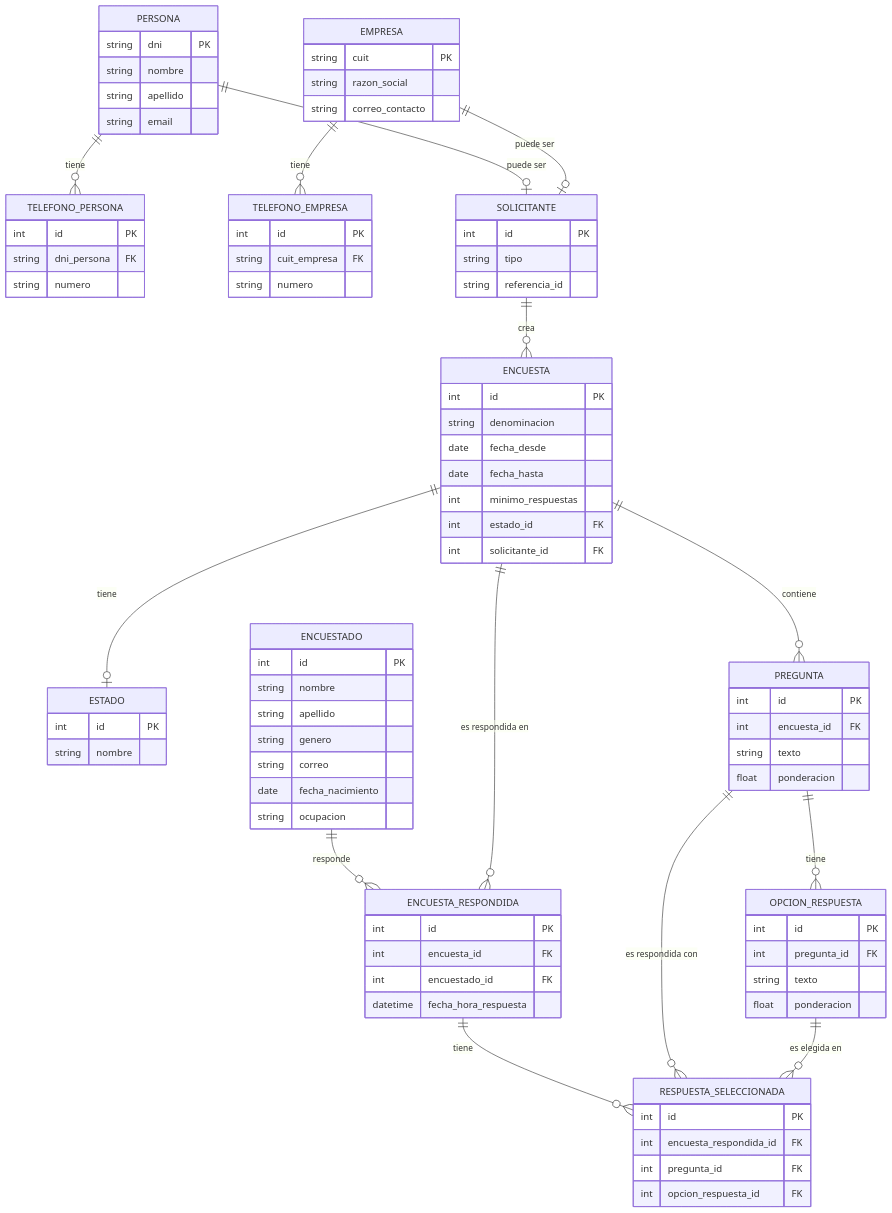
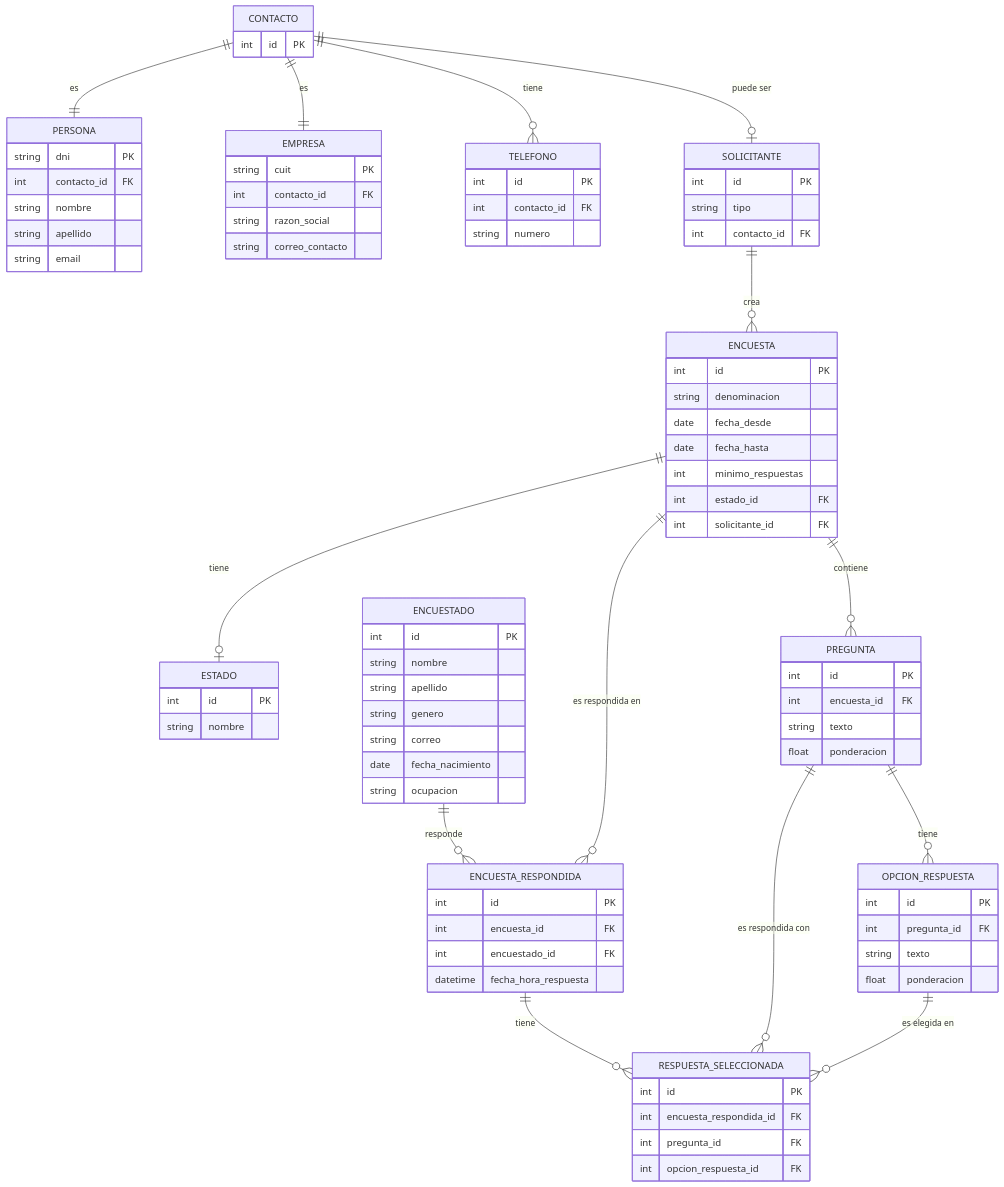
The diagram in README.md (giulianoh92/encuestas-system), drawn with Mermaid before and after one commit. The commit also changed other lines of this file, not shown here.

````diff
--- a/README.md
+++ b/README.md
@@ -20,30 +166,30 @@
 ```mermaid
 erDiagram
+    CONTACTO {
+        int id PK
+    }
     PERSONA {
         string dni PK
+        int contacto_id FK
         string nombre
         string apellido
         string email
     }
-    TELEFONO_PERSONA {
-        int id PK
-        string dni_persona FK
-        string numero
-    }
     EMPRESA {
         string cuit PK
+        int contacto_id FK
         string razon_social
         string correo_contacto
     }
-    TELEFONO_EMPRESA {
+    TELEFONO {
         int id PK
-        string cuit_empresa FK
+        int contacto_id FK
         string numero
     }
     SOLICITANTE {
         int id PK
         string tipo
-        string referencia_id
+        int contacto_id FK
     }
     ESTADO {
         int id PK
@@ -92,20 +238,16 @@
         int opcion_respuesta_id FK
     }
 
-    PERSONA ||--o{ TELEFONO_PERSONA : "tiene"
-    EMPRESA ||--o{ TELEFONO_EMPRESA : "tiene"
-    
-    PERSONA ||--o| SOLICITANTE : "puede ser"
-    EMPRESA ||--o| SOLICITANTE : "puede ser"
-
+    CONTACTO ||--o{ TELEFONO : "tiene"
+    CONTACTO ||--|| PERSONA : "es"
+    CONTACTO ||--|| EMPRESA : "es"
+    CONTACTO ||--o| SOLICITANTE : "puede ser"
     SOLICITANTE ||--o{ ENCUESTA : "crea"
     ENCUESTA ||--o{ PREGUNTA : "contiene"
     PREGUNTA ||--o{ OPCION_RESPUESTA : "tiene"
     ENCUESTA ||--o| ESTADO : "tiene"
-    
     ENCUESTADO ||--o{ ENCUESTA_RESPONDIDA : "responde"
     ENCUESTA ||--o{ ENCUESTA_RESPONDIDA : "es respondida en"
-
     ENCUESTA_RESPONDIDA ||--o{ RESPUESTA_SELECCIONADA : "tiene"
     PREGUNTA ||--o{ RESPUESTA_SELECCIONADA : "es respondida con"
     OPCION_RESPUESTA ||--o{ RESPUESTA_SELECCIONADA : "es elegida en"
````
